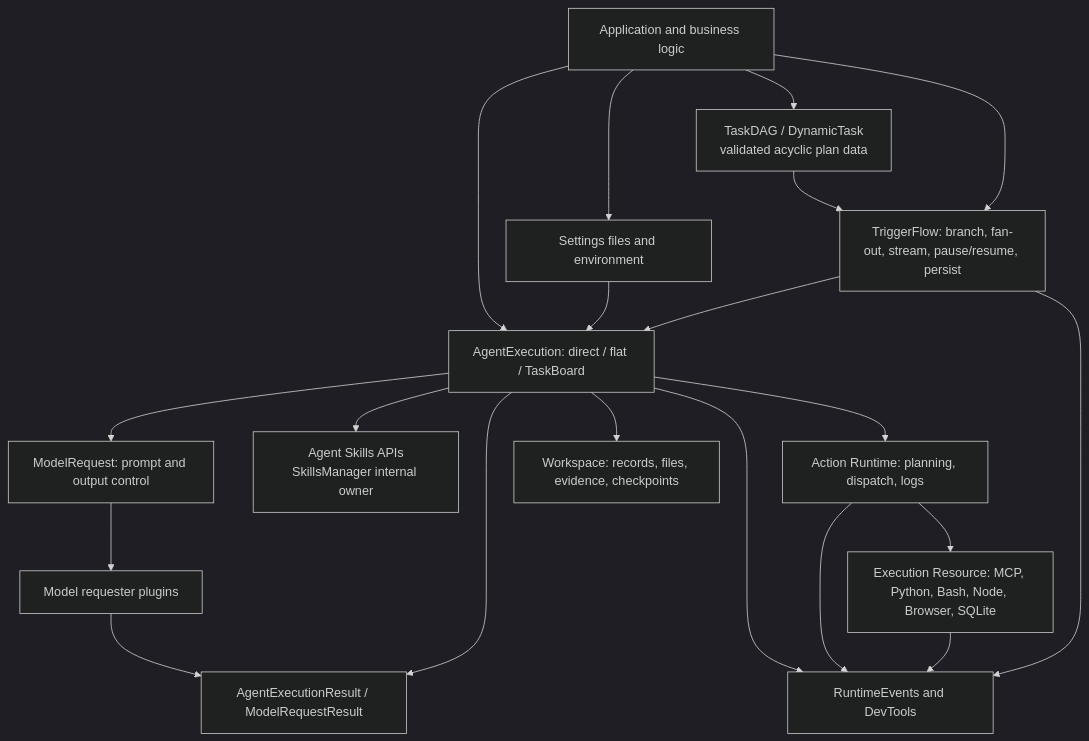
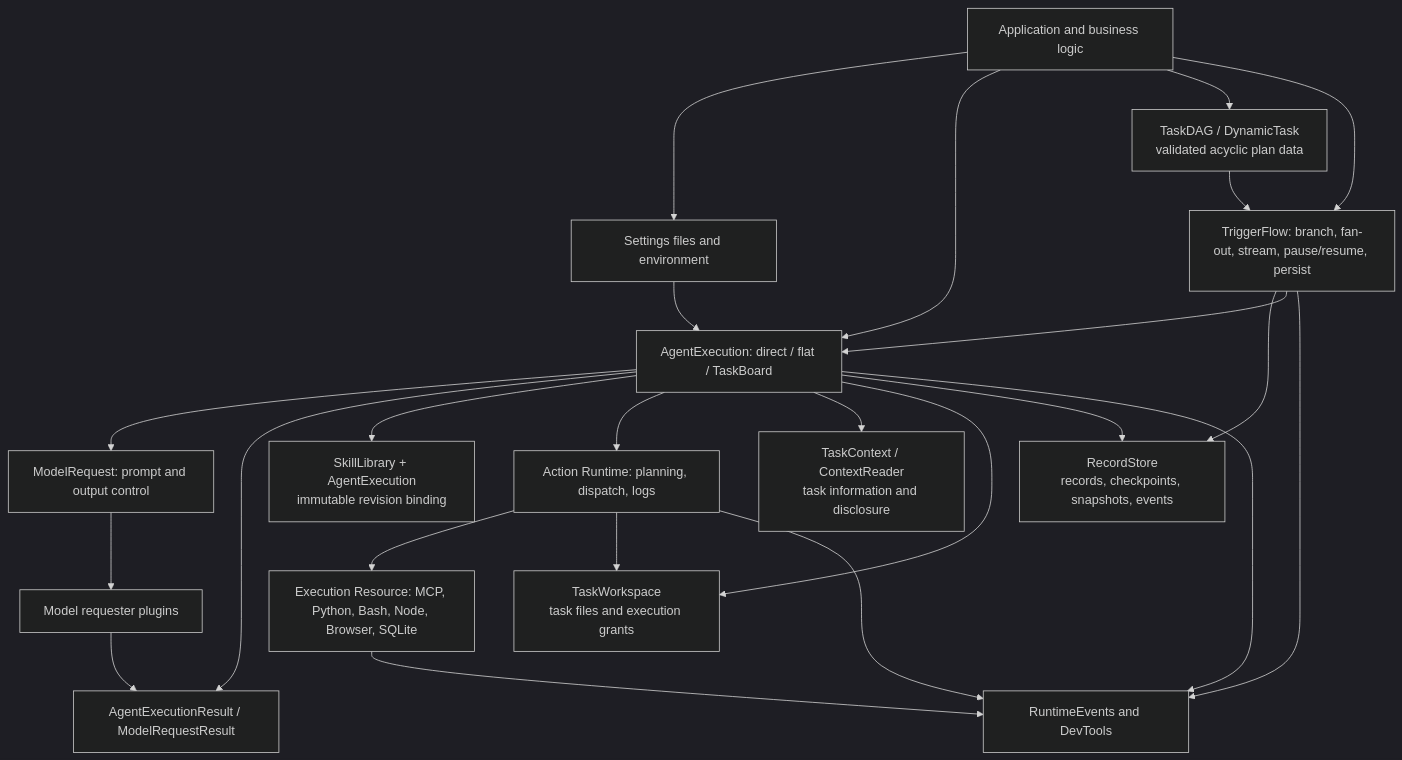
One commit to reconsumeralization/Agently changed the first of 2 diagrams in README.md. Above: the diagram before and after it, drawn with Mermaid (dark theme). The commit also changed other lines of this file and 14 other files, not shown here.

````diff
--- a/README.md
+++ b/README.md
@@ -532,36 +529,42 @@
 ```mermaid
 graph TB
     App["Application and business logic"]
     Settings["Settings files and environment"]
     Execution["AgentExecution: direct / flat / TaskBoard"]
     Request["ModelRequest: prompt and output control"]
     Model["Model requester plugins"]
     Result["AgentExecutionResult / ModelRequestResult"]
-    Skills["Agent Skills APIs\nSkillsManager internal owner"]
+    Skills["SkillLibrary + AgentExecution\nimmutable revision binding"]
     Action["Action Runtime: planning, dispatch, logs"]
     Env["Execution Resource: MCP, Python, Bash, Node, Browser, SQLite"]
-    Workspace["Workspace: records, files, evidence, checkpoints"]
+    Context["TaskContext / ContextReader\ntask information and disclosure"]
+    TaskFiles["TaskWorkspace\ntask files and execution grants"]
+    Records["RecordStore\nrecords, checkpoints, snapshots, events"]
     DAG["TaskDAG / DynamicTask\nvalidated acyclic plan data"]
     Flow["TriggerFlow: branch, fan-out, stream, pause/resume, persist"]
     Observe["RuntimeEvents and DevTools"]
 
     App --> Settings
     App --> Execution
     Settings --> Execution
     Execution --> Request
     Request --> Model
     Model --> Result
     Execution --> Result
     Execution --> Skills
     Execution --> Action
-    Execution --> Workspace
+    Execution --> Context
+    Execution --> TaskFiles
+    Execution --> Records
     Action --> Env
+    Action --> TaskFiles
     App --> DAG
     DAG --> Flow
     App --> Flow
+    Flow --> Records
     Flow --> Execution
     Execution --> Observe
     Action --> Observe
     Env --> Observe
     Flow --> Observe
 ```
````
